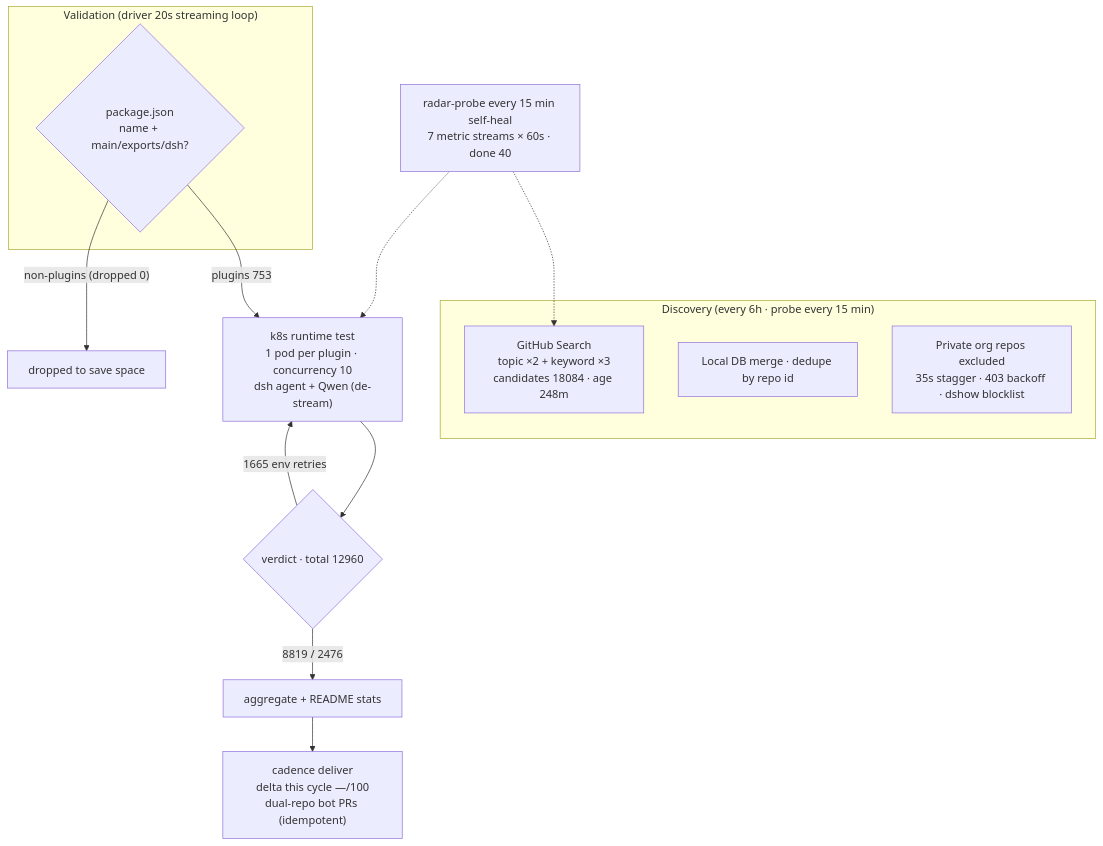
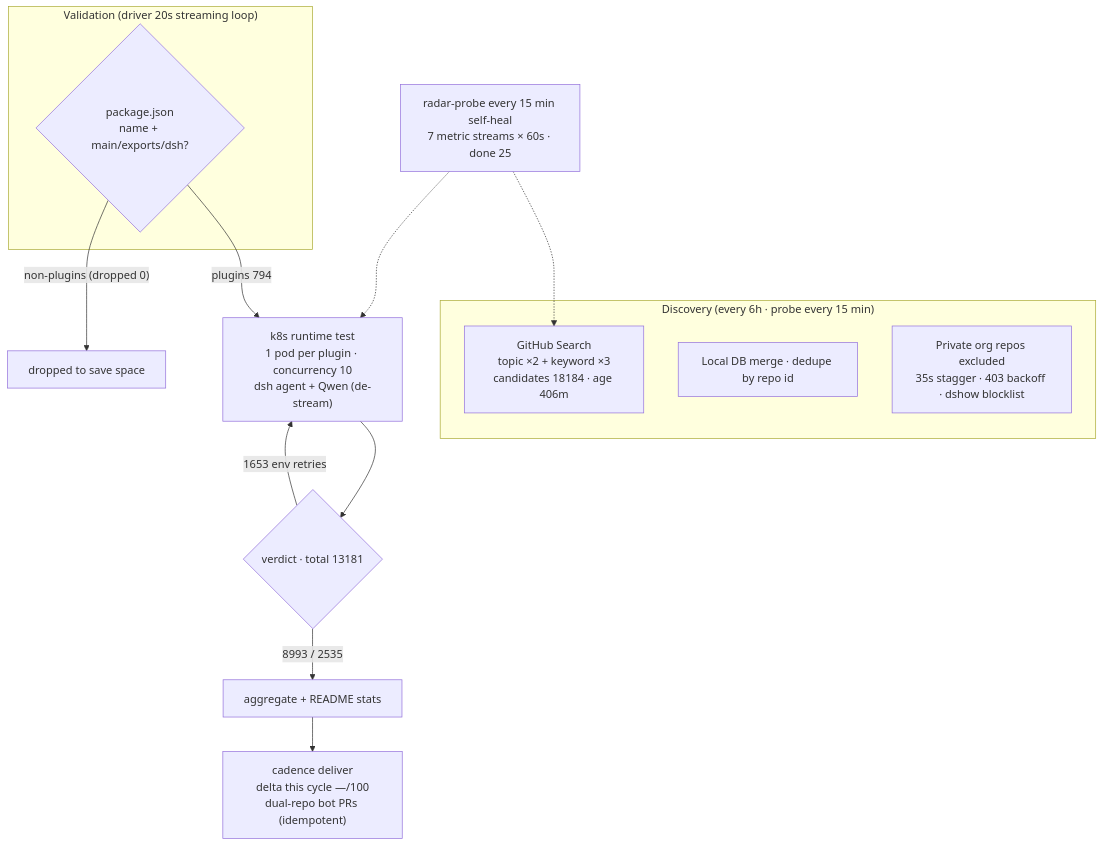
Before and after one commit to Zhidao-Lab-OSS/awesome-dsh-plugins: the diagram in README.en-US.md, drawn with Mermaid. The commit also changed other lines of this file and 1 other file, not shown here.

````diff
--- a/README.en-US.md
+++ b/README.en-US.md
@@ -45,20 +45,20 @@
 ```mermaid
 flowchart TB
     subgraph Discovery["Discovery (every 6h · probe every 15 min)"]
-        A1["GitHub Search<br/>topic ×2 + keyword ×3<br/>candidates 18084 · age 248m"]
+        A1["GitHub Search<br/>topic ×2 + keyword ×3<br/>candidates 18184 · age 406m"]
         A2["Local DB merge · dedupe by repo id"]
         A3["Private org repos excluded<br/>35s stagger · 403 backoff · dshow blocklist"]
     end
     subgraph Validation["Validation (driver 20s streaming loop)"]
         B1{"package.json<br/>name + main/exports/dsh?"}
     end
-    B1 -->|"plugins 753"| C1["k8s runtime test<br/>1 pod per plugin · concurrency 10<br/>dsh agent + Qwen (de-stream)"]
+    B1 -->|"plugins 794"| C1["k8s runtime test<br/>1 pod per plugin · concurrency 10<br/>dsh agent + Qwen (de-stream)"]
     B1 -->|"non-plugins (dropped 0)"| B3["dropped to save space"]
-    C1 --> D1{"verdict · total 12960"}
-    D1 -->|"8819 / 2476"| E1["aggregate + README stats"]
-    D1 -->|"1665 env retries"| C1
+    C1 --> D1{"verdict · total 13181"}
+    D1 -->|"8993 / 2535"| E1["aggregate + README stats"]
+    D1 -->|"1653 env retries"| C1
     E1 --> E2["cadence deliver<br/>delta this cycle —/100<br/>dual-repo bot PRs (idempotent)"]
-    M["radar-probe every 15 min self-heal<br/>7 metric streams × 60s · done 40"]
+    M["radar-probe every 15 min self-heal<br/>7 metric streams × 60s · done 25"]
     M -.-> A1
     M -.-> C1
 ```
````
